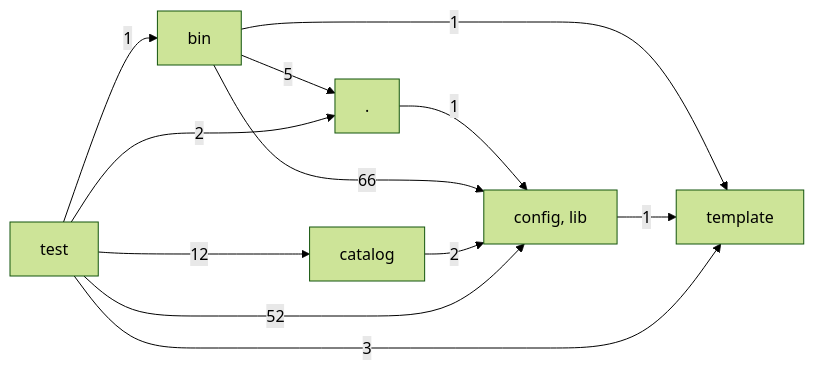
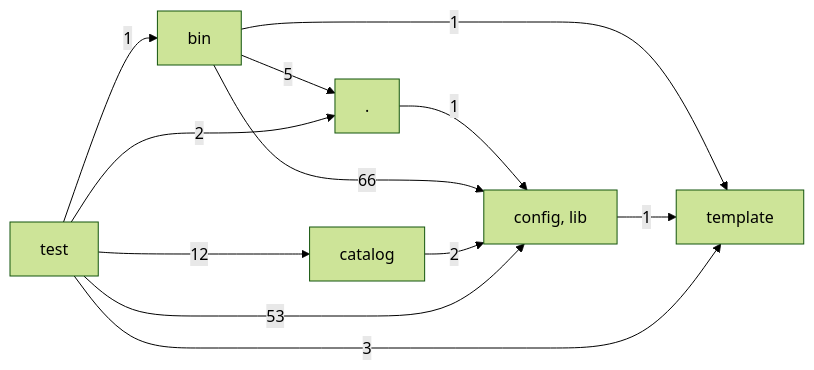
The diagram in docs/architecture/layers.md (hackersandwizards/scaffolding), drawn with Mermaid (forest theme) before and after one commit. The commit also changed 2 other files, not shown here.

Commit message:
Make consumer lint and gate regression tests independent

````diff
--- a/docs/architecture/layers.md
+++ b/docs/architecture/layers.md
@@ -3,20 +3,20 @@
 ```mermaid
 graph LR
   L0["."]
   L1["bin"]
   L2["catalog"]
   L3["config, lib"]
   L4["template"]
   L5["test"]
   L0 -->|1| L3
   L1 -->|5| L0
   L1 -->|66| L3
   L1 -->|1| L4
   L2 -->|2| L3
   L3 -->|1| L4
   L5 -->|2| L0
   L5 -->|1| L1
   L5 -->|12| L2
-  L5 -->|52| L3
+  L5 -->|53| L3
   L5 -->|3| L4
 ```
````
